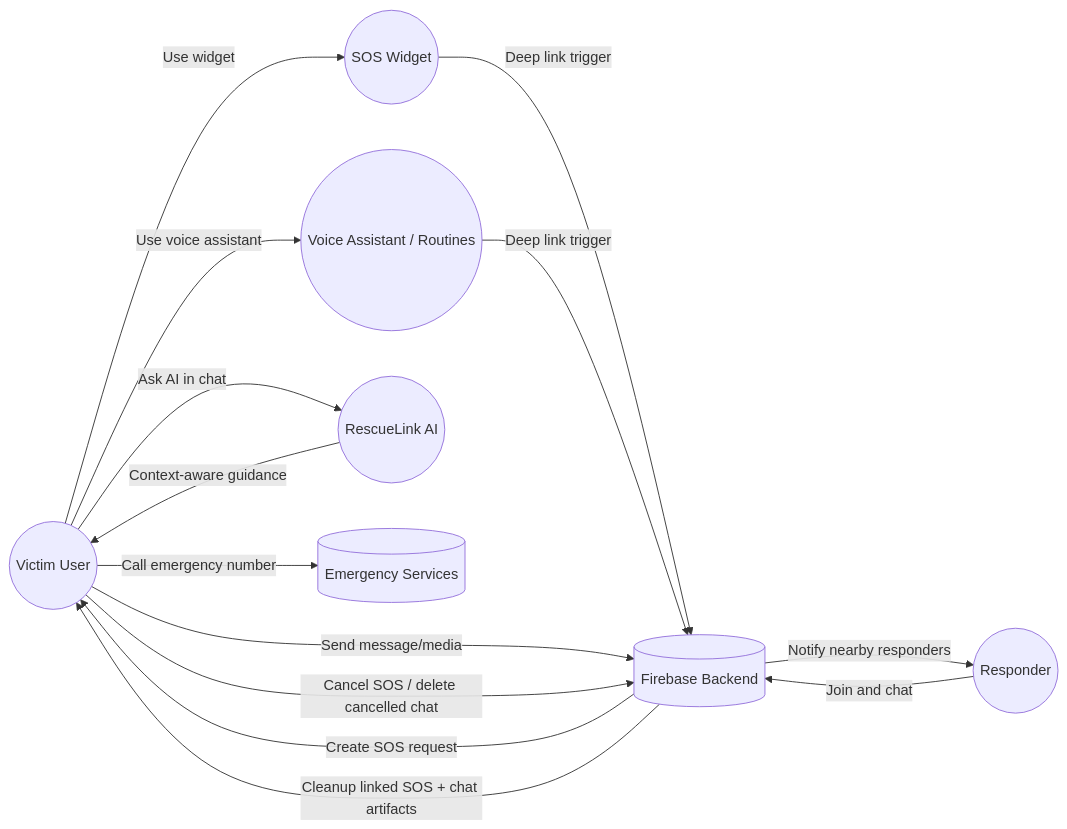
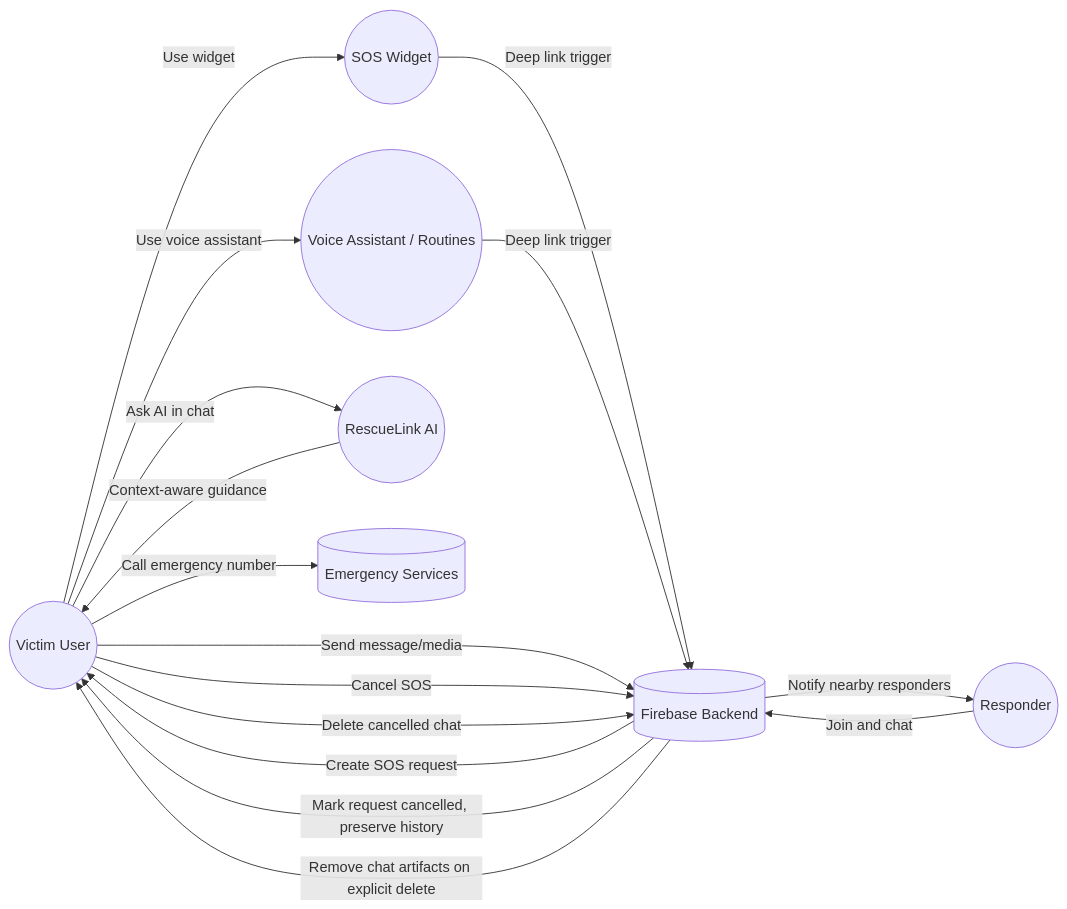
Before and after one commit to gopikaganesan/rescue-link: the first of 4 diagrams in docs/PROCESS_FLOW_ARCHITECTURE.md, drawn with Mermaid. The commit also changed other lines of this file and 46 other files, not shown here.

Commit message:
SOS Cancel and History feature

````diff
--- a/docs/PROCESS_FLOW_ARCHITECTURE.md
+++ b/docs/PROCESS_FLOW_ARCHITECTURE.md
@@ -7,28 +7,30 @@
 ```mermaid
 flowchart LR
   Victim((Victim User))
   VoiceAssistant((Voice Assistant / Routines))
   Widget((SOS Widget))
   Firebase[(Firebase Backend)]
   Responder((Responder))
   AI((RescueLink AI))
   Emergency[(Emergency Services)]
 
   Victim -->|Use widget| Widget
   Victim -->|Use voice assistant| VoiceAssistant
   Widget -->|Deep link trigger| Firebase
   VoiceAssistant -->|Deep link trigger| Firebase
 
   Firebase -->|Create SOS request| Victim
   Firebase -->|Notify nearby responders| Responder
   Victim -->|Send message/media| Firebase
   Responder -->|Join and chat| Firebase
 
   Victim -->|Ask AI in chat| AI
   AI -->|Context-aware guidance| Victim
 
-  Victim -->|Cancel SOS / delete cancelled chat| Firebase
-  Firebase -->|Cleanup linked SOS + chat artifacts| Victim
+  Victim -->|Cancel SOS| Firebase
+  Firebase -->|Mark request cancelled, preserve history| Victim
+  Victim -->|Delete cancelled chat| Firebase
+  Firebase -->|Remove chat artifacts on explicit delete| Victim
 
   Victim -->|Call emergency number| Emergency
 ```
````
